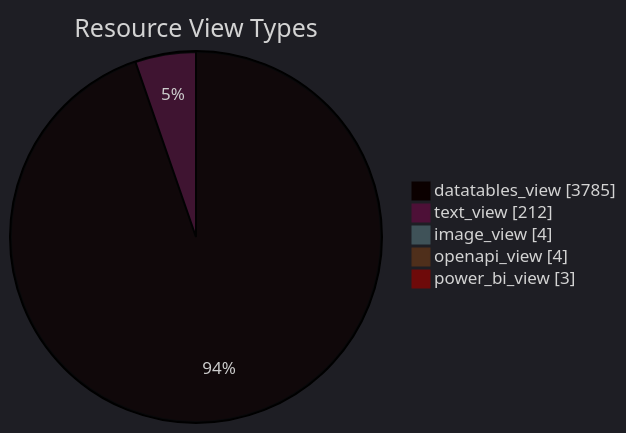
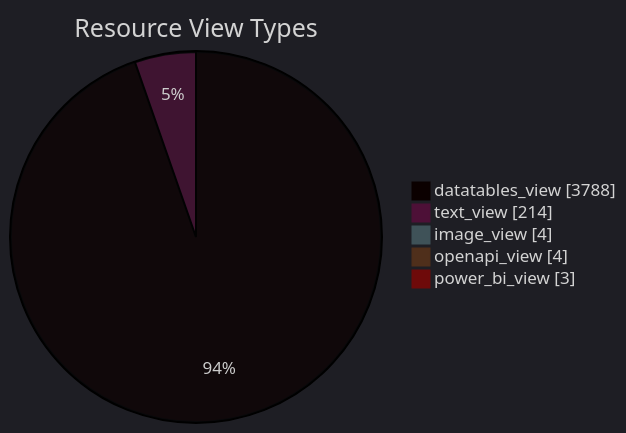
Before and after one commit to open-data/analytics-corporate-reporting: the diagram in datastore_tracker/resource_view_types_pie_chart.md, drawn with Mermaid. The commit also changed 11 other files, not shown here.

````diff
--- a/datastore_tracker/resource_view_types_pie_chart.md
+++ b/datastore_tracker/resource_view_types_pie_chart.md
@@ -2,12 +2,12 @@
 ```mermaid
 ---
 config:
   theme: dark
 ---
 pie showData title Resource View Types
-    "datatables_view": 3785
-    "text_view": 212
+    "datatables_view": 3788
+    "text_view": 214
     "image_view": 4
     "openapi_view": 4
     "power_bi_view": 3
 ```
````
